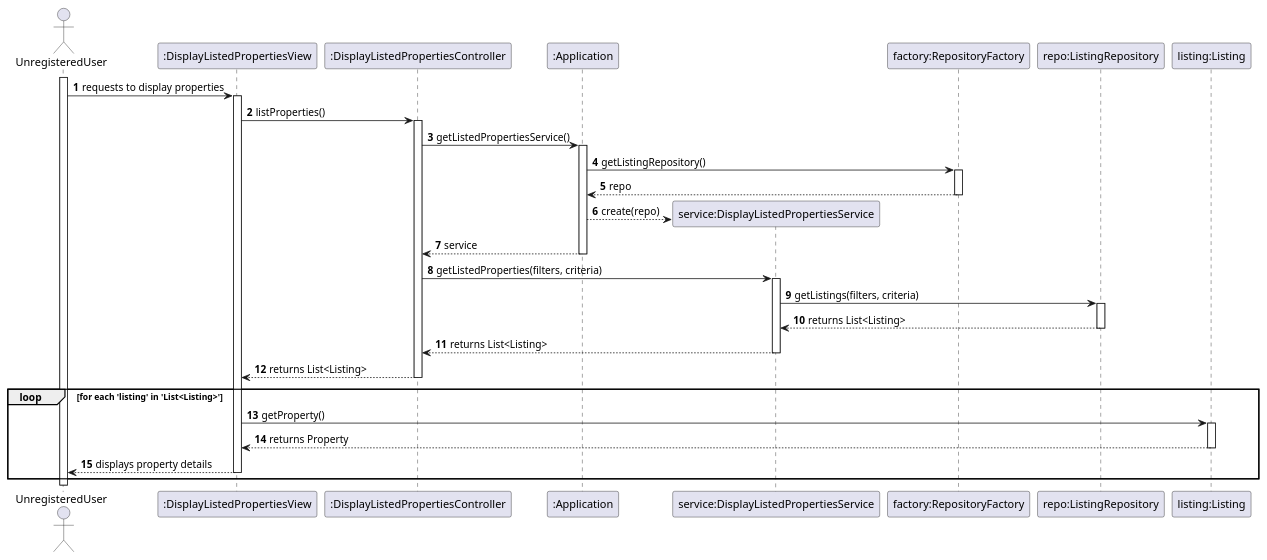
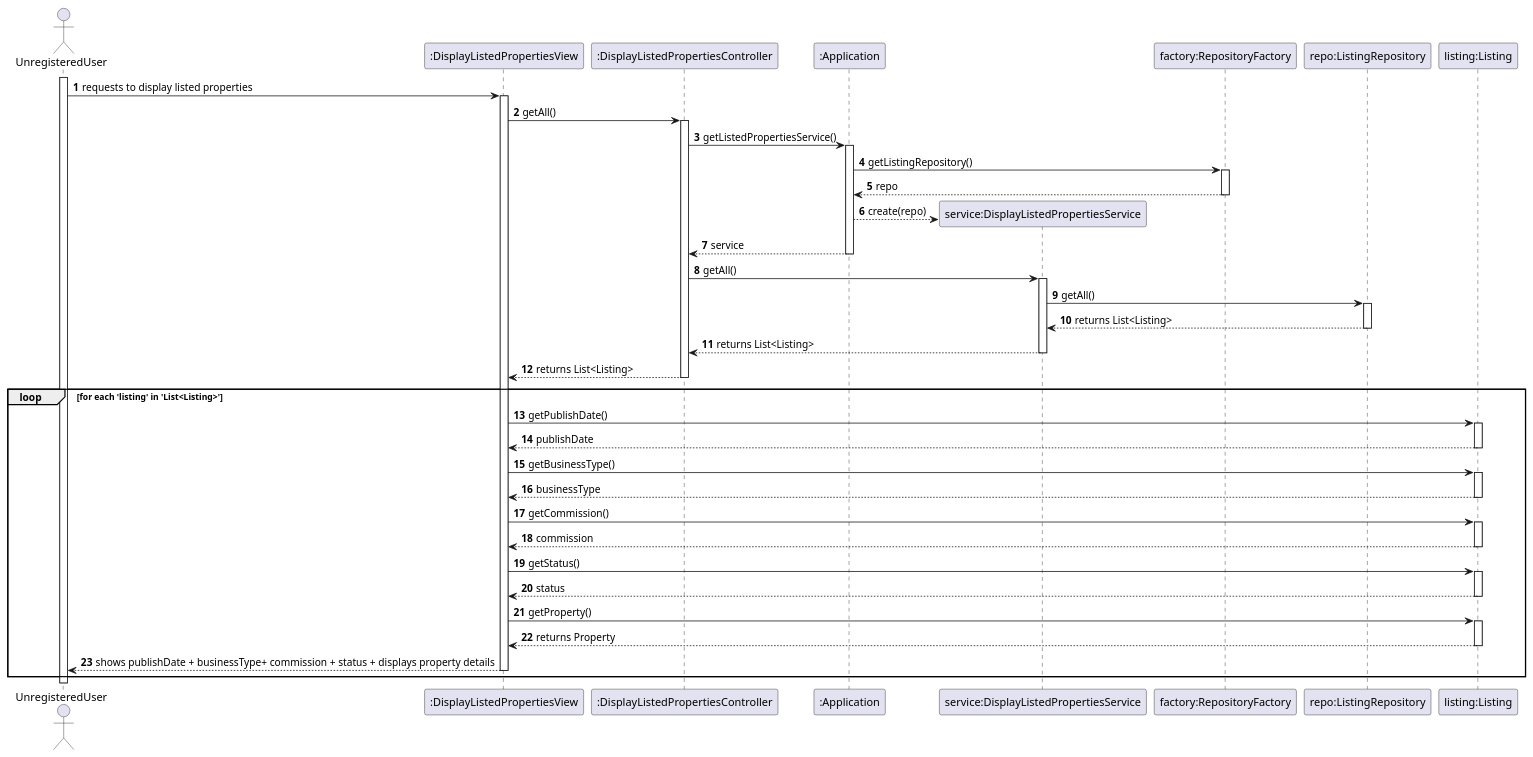
One commit to goncalomaia18/leti-esoft-24-25-A2 changed the diagram in docs/Sprint3/US20/US20-SD.puml. Above: the diagram before and after it, drawn with PlantUML. The commit also changed 3 other files, not shown here.

```diff
--- a/docs/Sprint3/US20/US20-SD.puml
+++ b/docs/Sprint3/US20/US20-SD.puml
@@ -1,34 +1,42 @@
 @startuml
 'https://plantuml.com/sequence-diagram
 autoactivate on
 autonumber
 
 actor "UnregisteredUser" as User
 participant ":DisplayListedPropertiesView" as System
 participant ":DisplayListedPropertiesController" as Ctrl
 participant ":Application" as App
 participant "service:DisplayListedPropertiesService" as Service
 participant "factory:RepositoryFactory" as Factory
 participant "repo:ListingRepository" as Repo
 participant "listing:Listing" as Listing
 
 activate User
 
-User -> System: requests to display properties
-System -> Ctrl: listProperties()
+User -> System: requests to display listed properties
+System -> Ctrl: getAll()
 Ctrl -> App: getListedPropertiesService()
 App -> Factory: getListingRepository()
 Factory --> App: repo
 App --> Service**: create(repo)
 App --> Ctrl: service
-Ctrl -> Service: getListedProperties(filters, criteria)
-Service -> Repo: getListings(filters, criteria)
+Ctrl -> Service: getAll()
+Service -> Repo: getAll()
 Repo --> Service: returns List<Listing>
 Service --> Ctrl: returns List<Listing>
 Ctrl --> System: returns List<Listing>
 loop for each 'listing' in 'List<Listing>'
+    System -> Listing: getPublishDate()
+    Listing --> System: publishDate
+    System -> Listing: getBusinessType()
+    Listing --> System: businessType
+    System -> Listing: getCommission()
+    Listing --> System: commission
+    System -> Listing: getStatus()
+    Listing --> System: status
     System -> Listing: getProperty()
     Listing --> System: returns Property
-    System --> User: displays property details
+    System --> User: shows publishDate + businessType+ commission + status + displays property details
 end loop
 @enduml
```
